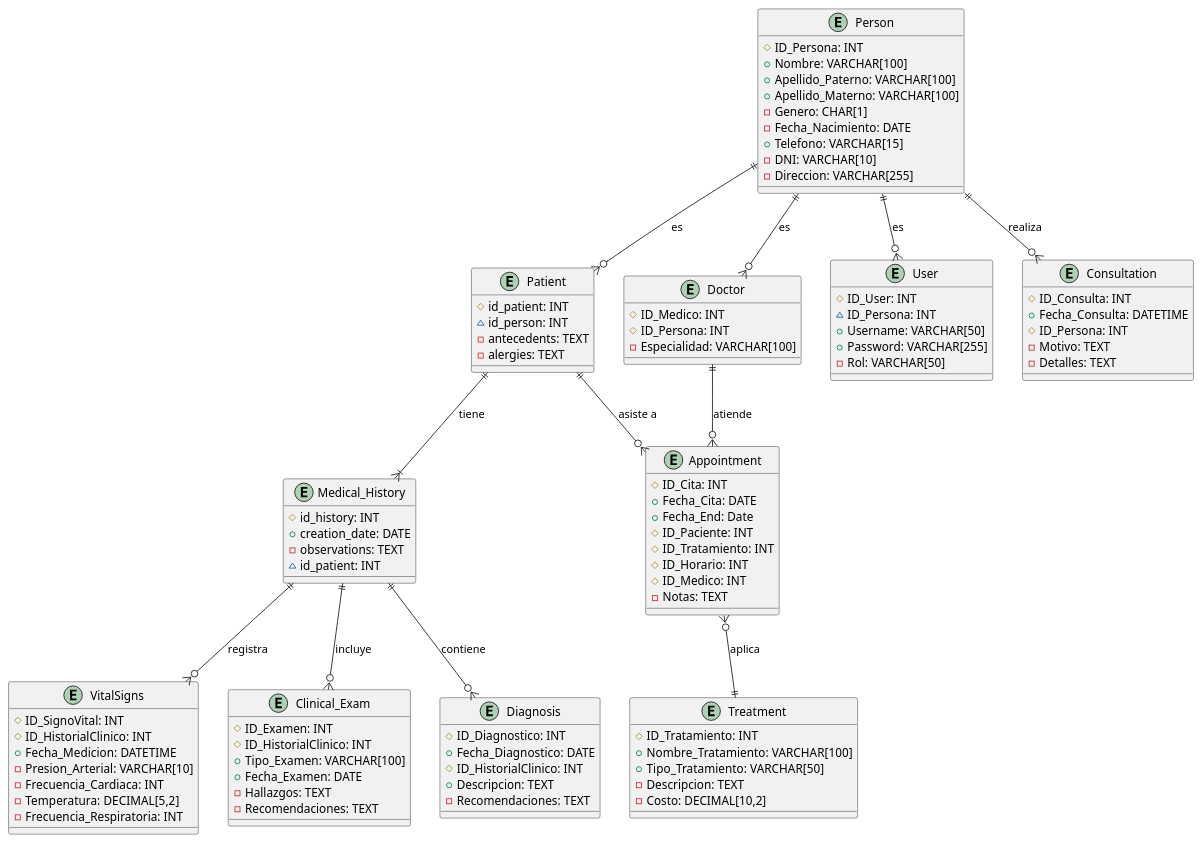
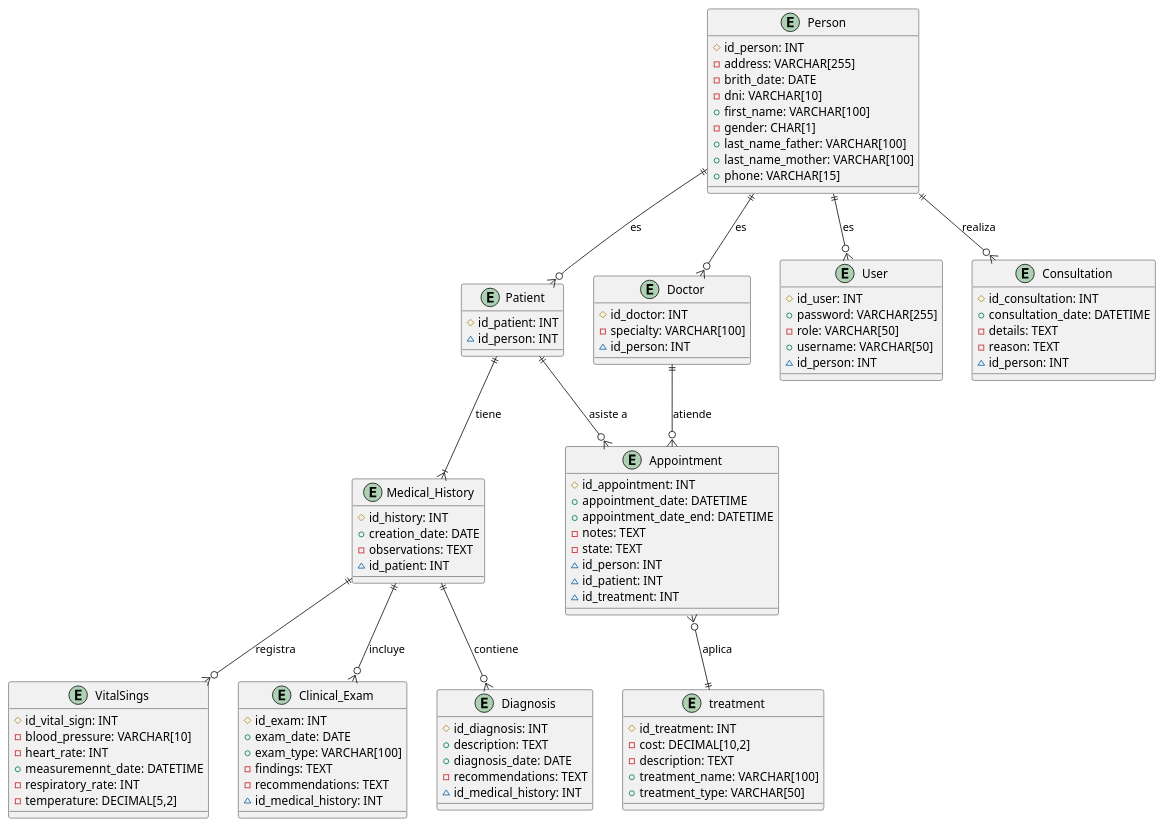
The diagram in src/main/resources/templates/bd/logicalModel/db-logical_en-2.0-snapshot .pu (abelguevara-upeu/apis-rosalesdental), drawn with PlantUML before and after one commit.

```diff
--- a/src/main/resources/templates/bd/logicalModel/db-logical_en-2.0-snapshot .pu
+++ b/src/main/resources/templates/bd/logicalModel/db-logical_en-2.0-snapshot .pu
@@ -1,139 +1,148 @@
 @startuml relational_view
 
 /'{
     # PRIMARY KEY
     ~ UNIQUE (NULLABLE)
     + NOT NULL
     - NULLABLE
 }'/
 
 entity "Person" as Person {
-    #ID_Persona: INT
-    +Nombre: VARCHAR[100]
-    +Apellido_Paterno: VARCHAR[100]
-    +Apellido_Materno: VARCHAR[100]
-    -Genero: CHAR[1]
-    -Fecha_Nacimiento: DATE
-    +Telefono: VARCHAR[15]
-    -DNI: VARCHAR[10]
-    -Direccion: VARCHAR[255]
-    /' Persona representa a la persona base, que puede ser paciente, médico o usuario '/
+    #id_person: INT
+    -address: VARCHAR[255]
+    -brith_date: DATE
+    -dni: VARCHAR[10]
+    +first_name: VARCHAR[100]
+    -gender: CHAR[1]
+    +last_name_father: VARCHAR[100]
+    +last_name_mother: VARCHAR[100]
+    +phone: VARCHAR[15]
+    /' Person representa a la Person base, que puede ser paciente, médico o usuario '/
 }
 
 entity "Patient" as Patient {
     #id_patient: INT
     ~id_person: INT
-    -antecedents: TEXT
-    -alergies: TEXT
     /' Un paciente es una Person, pero con un historial clínico asociado '/
 }
 
 entity "Doctor" as Doctor {
-    #ID_Medico: INT
-    #ID_Persona: INT
-    -Especialidad: VARCHAR[100]
-    /' El médico es una persona con una especialidad profesional '/
+    #id_doctor: INT
+    -specialty: VARCHAR[100]
+    ~id_person: INT
+    /' El médico es una Person con una specialty profesional '/
 }
 
 entity "User" as User {
-    #ID_User: INT
-    ~ID_Persona: INT
-    +Username: VARCHAR[50]
-    +Password: VARCHAR[255]
-    -Rol: VARCHAR[50]
+    #id_user: INT
+    +password: VARCHAR[255]
+    -role: VARCHAR[50]
+    +username: VARCHAR[50]
+    ~id_person: INT
     /' User representa la información de los usuarios del sistema, con roles definidos '/
 }
 
 entity "Consultation" as Consultation {
-    #ID_Consulta: INT
-    +Fecha_Consulta: DATETIME
-    #ID_Persona: INT
-    -Motivo: TEXT
-    -Detalles: TEXT
-    /' La consulta es realizada por una persona (puede ser un paciente o no), y contiene detalles '/
+    #id_consultation: INT
+    +consultation_date: DATETIME
+    -details: TEXT
+    -reason: TEXT
+    ~id_person: INT
+    /' La consulta es realizada por una Person (puede ser un paciente o no), y contiene detalles '/
 }
 
-entity "VitalSigns" as VitalSings {
-    #ID_SignoVital: INT
-    #ID_HistorialClinico: INT
-    +Fecha_Medicion: DATETIME
-    -Presion_Arterial: VARCHAR[10]
-    -Frecuencia_Cardiaca: INT
-    -Temperatura: DECIMAL[5,2]
-    -Frecuencia_Respiratoria: INT
+entity "VitalSings" as VitalSings {
+    #id_vital_sign: INT
+    -blood_pressure: VARCHAR[10]
+    -heart_rate: INT
+    +measuremennt_date: DATETIME
+    -respiratory_rate: INT
+    -temperature: DECIMAL[5,2]
     /' Signos vitales registrados durante una consulta, asociados al historial clínico '/
 }
 
 entity "Medical_History" as Medical_History {
     #id_history: INT
     +creation_date: DATE
     -observations: TEXT
     ~id_patient: INT
     /' El historial clínico se crea para cada paciente y contiene datos médicos relevantes '/
 }
 
 entity "Clinical_Exam" as Clinical_Exam {
-    #ID_Examen: INT
-    #ID_HistorialClinico: INT
-    +Tipo_Examen: VARCHAR[100] /' "Estomatológico" o "General" '/
-    +Fecha_Examen: DATE
-    -Hallazgos: TEXT
-    -Recomendaciones: TEXT
+    #id_exam: INT
+    +exam_date: DATE
+    +exam_type: VARCHAR[100] /' "Estomatológico" o "General" '/
+    -findings: TEXT
+    -recommendations: TEXT
+    ~id_medical_history: INT
     /' Los exámenes clínicos, como estomatológicos o generales, se registran aquí '/
 }
 
-'entity "Odontograma" as Odontogram {
-'    #ID_Odontograma: INT
-'    #ID_HistorialClinico: INT
-'    +Fecha_Creacion: DATE
-'    -Detalles: TEXT
-'    /' El odontograma es el registro de los dientes y su estado, utilizado en la odontología '/
+
+'entity "Odontogram" as Odontogram {
+'    #id_odontogram: INT
+'    +creation_date: DATE
+'    -details: TEXT
+'    ~id_medical_history: INT
+'    'El odontograma es el registro de los dientes y su estado, utilizado en la odontología
 '}
 
-entity "Treatment" as Treatment {
-    #ID_Tratamiento: INT
-    +Nombre_Tratamiento: VARCHAR[100]
-    +Tipo_Tratamiento: VARCHAR[50] /' Tipo de tratamiento: "Estético", "Curativo", "Preventivo", etc. '/
-    -Descripcion: TEXT
-    -Costo: DECIMAL[10,2]
-    /' Registro de los tratamientos disponibles, su nombre, tipo y costo asociado '/
+'entity "OdontogramaDetalle" as OdontogramaDetalle {
+'    #id_detail: INT
+'    -observations: TEXT
+'    +tooth: VARCHAR[10] /' Número o posición del diente '/
+'    -tooth_condition: VARCHAR[50] /' tooth_condition del diente, por ejemplo, "caries", "restaurado", "extracción" '/
+'    -treatment: VARCHAR[100] /' treatment aplicado o recomendado '/
+'    ~id_odontogram: INT
+'    'Detalle específico de cada diente en el odontograma, incluyendo su estado y tratamiento
+'}
+
+
+entity "treatment" as treatment {
+    #id_treatment: INT
+    -cost: DECIMAL[10,2]
+    -description: TEXT
+    +treatment_name: VARCHAR[100]
+    +treatment_type: VARCHAR[50] /' type de tratamiento: "Estético", "Curativo", "Preventivo", etc. '/
+    /' Registro de los tratamientos disponibles, su first_name, type y costo asociado '/
 }
 
 entity "Appointment" as Appointment {
-    #ID_Cita: INT
-    +Fecha_Cita: DATE
-    +Fecha_End: Date
-    #ID_Paciente: INT
-    #ID_Tratamiento: INT
-    #ID_Horario: INT
-    #ID_Medico: INT
-    -Notas: TEXT
+    #id_appointment: INT
+    +appointment_date: DATETIME
+    +appointment_date_end: DATETIME
+    -notes: TEXT
+    -state: TEXT
+    ~id_person: INT
+    ~id_patient: INT
+    ~id_treatment: INT
     /' Información sobre cada cita médica, incluida la fecha, tratamiento, horario y médico '/
 }
 
 entity "Diagnosis" as Diagnosis {
-    #ID_Diagnostico: INT
-    +Fecha_Diagnostico: DATE
-    #ID_HistorialClinico: INT
-    +Descripcion: TEXT
-    -Recomendaciones: TEXT
+    #id_diagnosis: INT
+    +description: TEXT
+    +diagnosis_date: DATE
+    -recommendations: TEXT
+    ~id_medical_history: INT
     /' Registro de los diagnósticos realizados, asociados al historial clínico '/
 }
 
 Person ||--o{ Patient : es
 Person ||--o{ Doctor : es
 Person ||--o{ User : es
 Person ||--o{ Consultation : realiza
 Patient ||--|{ Medical_History : tiene
 'Odontogram ||--o{ OdontogramaDetalle : tiene
+
 'Medical_History ||--o{ Odontogram : contiene
 Medical_History ||--o{ VitalSings : registra
 Medical_History ||--o{ Clinical_Exam : incluye
 
 Patient ||--o{ Appointment : asiste a
 Doctor ||--o{ Appointment : atiende
 
-Appointment }o--|| Treatment : aplica
+Appointment }o--|| treatment : aplica
 Medical_History ||--o{ Diagnosis : contiene
-
 @enduml
```
